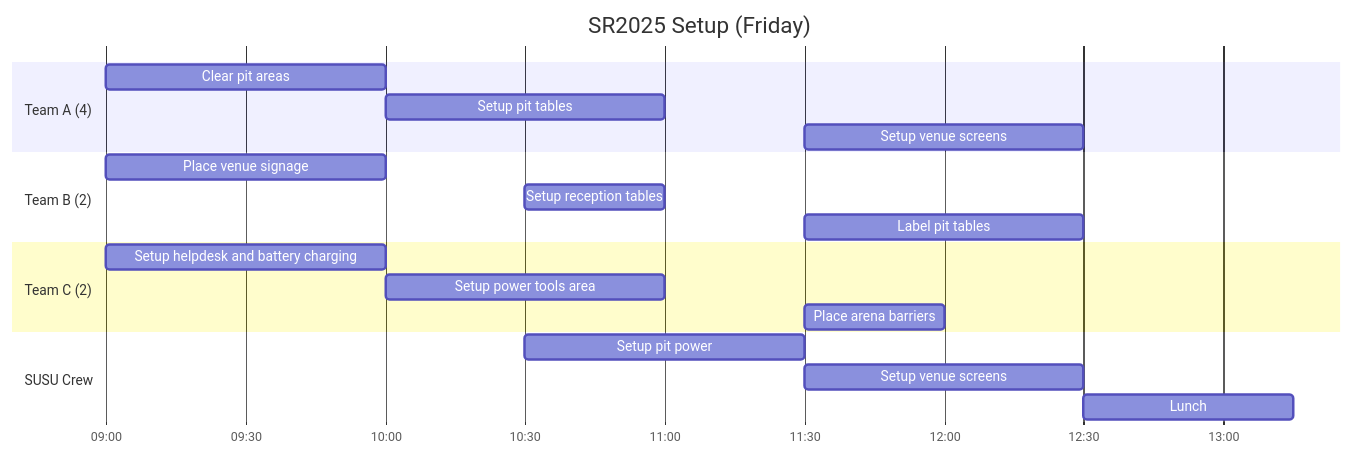
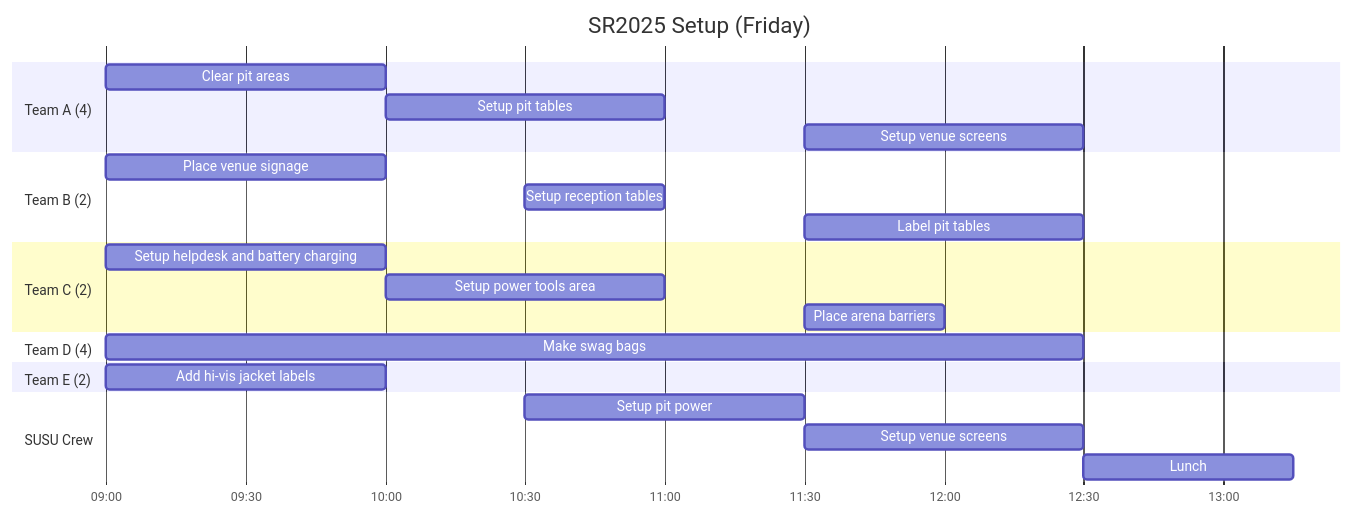
The second of 2 diagrams in docs/competition/event/sr2025-setup.md (srobo/runbook), drawn with Mermaid before and after one commit.

Commit message:
Add swag bags and hi-vis jacket labelling

````diff
--- a/docs/competition/event/sr2025-setup.md
+++ b/docs/competition/event/sr2025-setup.md
@@ -55,26 +55,32 @@
 ```mermaid
 gantt
     title SR2025 Setup (Friday)
     dateFormat HH:mm
     axisFormat %H:%M
 
     section Team A (4)
     Clear pit areas :clearPitAreas, 09:00, 1h
     Setup pit tables :setupPitTables, after clearPitAreas, 1h
     Setup venue screens :setupVenueScreens, 11:30, 1h
 
     section Team B (2)
     Place venue signage :venueSignage, 09:00, 1h
     Setup reception tables :receptionTables, 10:30, 0.5h
     Label pit tables :labelPitTables, 11:30, 1h
 
     section Team C (2)
     Setup helpdesk and battery charging :setupHelpdesk, 09:00, 1h
     Setup power tools area :setupPowerTools, after setupHelpdesk, 1h
     Place arena barriers :arenaBarriers, 11:30, 0.5h
 
+    section Team D (4)
+    Make swag bags :swagBags, 09:00, 3.5h
+
+    section Team E (2)
+    Add hi-vis jacket labels :jacketLabels, 09:00, 1h
+
     section SUSU Crew
     Setup pit power :setupPitPower, 10:30, 1h
     Setup venue screens :setupVenueScreensSUSU, 11:30, 1h
     Lunch :lunchSUSU, 12:30, 45m
 ```
````
